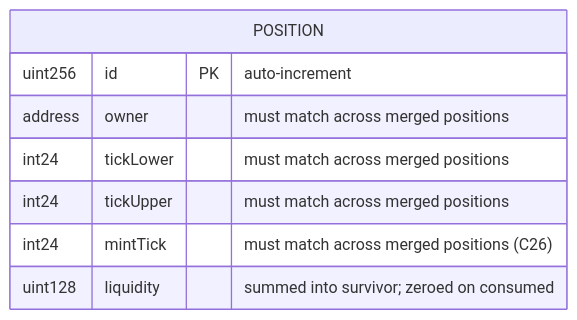
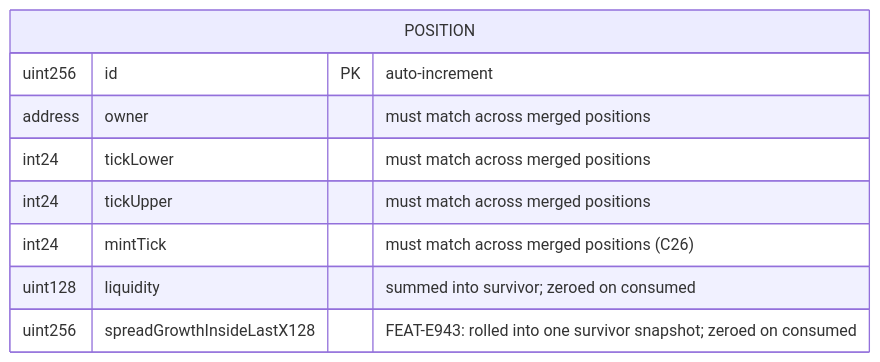
The third of 3 diagrams in specs/features/contracts/FEAT-K1M2-merge-positions/ARCHITECTURE.md (ProphetMarket/lp-vaults), drawn with Mermaid before and after one commit. The commit also changed other lines of this file and 45 other files, not shown here.

````diff
--- a/specs/features/contracts/FEAT-K1M2-merge-positions/ARCHITECTURE.md
+++ b/specs/features/contracts/FEAT-K1M2-merge-positions/ARCHITECTURE.md
@@ -33,11 +33,12 @@
 ```mermaid
 erDiagram
     POSITION {
         uint256 id PK "auto-increment"
         address owner "must match across merged positions"
         int24 tickLower "must match across merged positions"
         int24 tickUpper "must match across merged positions"
         int24 mintTick "must match across merged positions (C26)"
         uint128 liquidity "summed into survivor; zeroed on consumed"
+        uint256 spreadGrowthInsideLastX128 "FEAT-E943: rolled into one survivor snapshot; zeroed on consumed"
     }
 ```
````
